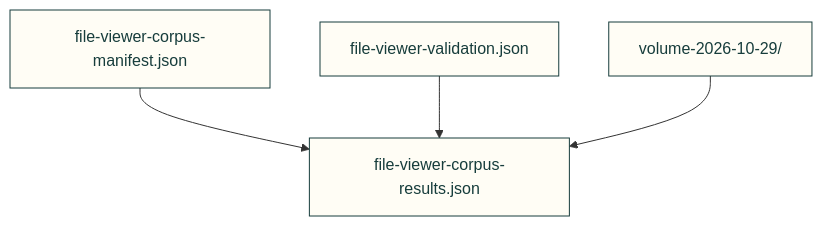
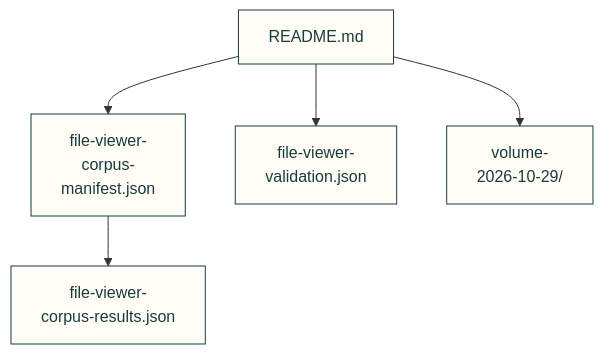
One commit to Valpatel/cad-agent changed the diagram in docs/validation/README.md. Above: the diagram before and after it, drawn with Mermaid. The commit also changed 6 other files, not shown here.

````diff
--- a/docs/validation/README.md
+++ b/docs/validation/README.md
@@ -5,9 +5,10 @@
 ```mermaid
 flowchart TD
-    M["file-viewer-corpus-manifest.json"] --> R["file-viewer-corpus-results.json"]
-    V["file-viewer-validation.json"] --> R
-    N["volume-2026-10-29/"] --> R
+    O["README.md"] --> M["file-viewer-<br/>corpus-<br/>manifest.json"]
+    O --> V["file-viewer-<br/>validation.json"]
+    O --> N["volume-<br/>2026-10-29/"]
+    M --> R["file-viewer-<br/>corpus-results.json"]
     classDef here fill:#fffdf5,stroke:#173d3c,color:#173d3c
     classDef near fill:#eef1e4,stroke:#6f8a80,color:#173d3c
-    class M,R,V,N here
+    class O,M,V,N,R here
 ```
````
